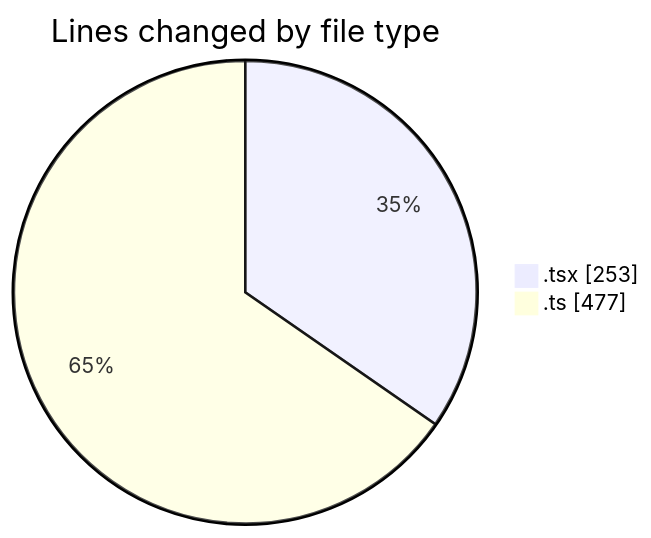
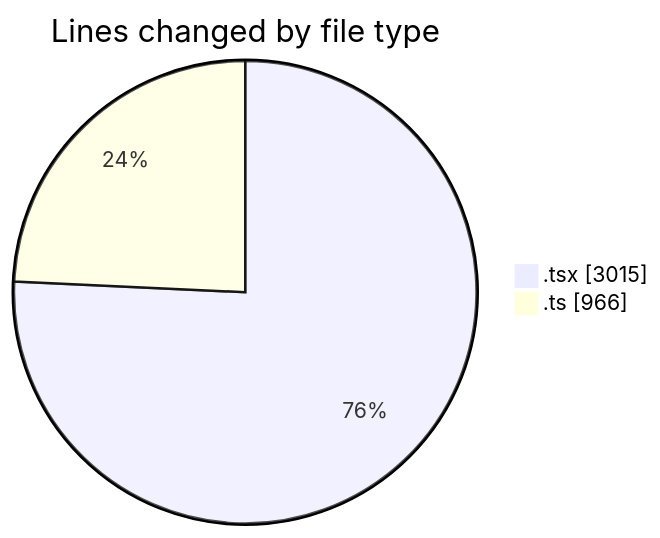
The first of 2 diagrams in 2026-02-26/nxtqube_webapp/README.md (nxtqubesakshisongat/code-tracking), drawn with Mermaid before and after one commit. The commit also changed other lines of this file and 1 other file, not shown here.

````diff
--- a/2026-02-26/nxtqube_webapp/README.md
+++ b/2026-02-26/nxtqube_webapp/README.md
@@ -22,6 +29,6 @@
 ```mermaid
 pie showData
 title Lines changed by file type
-".tsx" : 253
-".ts" : 477
+".tsx" : 3015
+".ts" : 966
 ```
````
